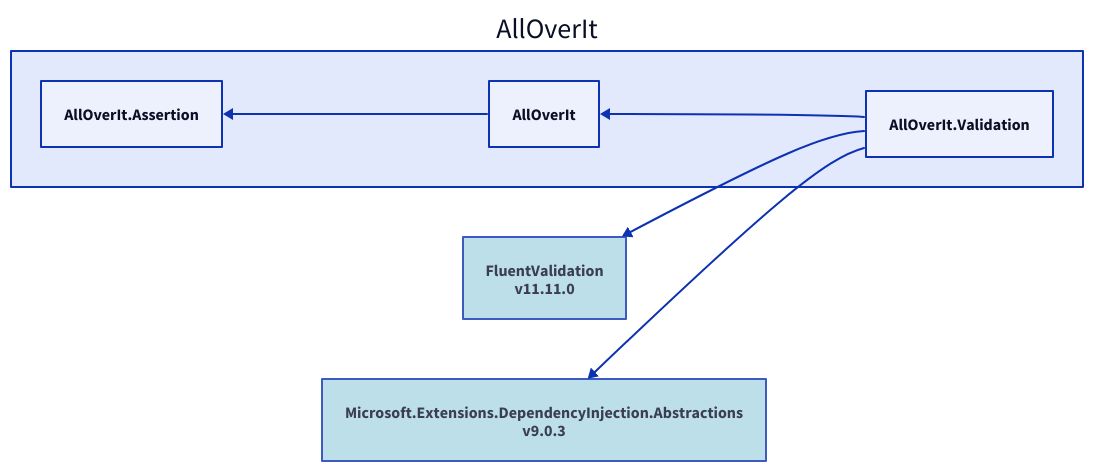
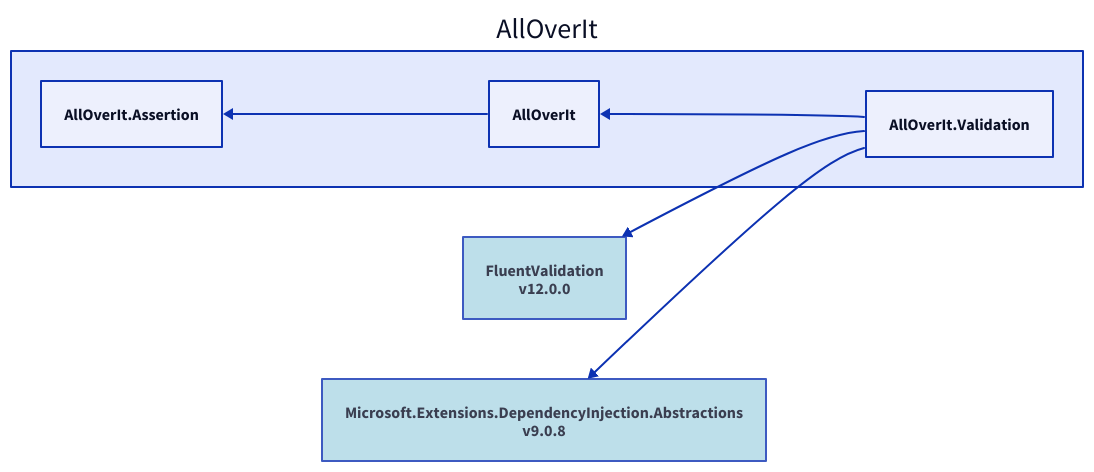
One commit to mjfreelancing/AllOverIt changed the diagram in Docs/Reference/Content/images/dependencies/net8.0/alloverit-validation.d2. Above: the diagram before and after it, drawn with D2. The commit also changed 106 other files, not shown here.

Commit message:
v8.2.1 - Update packages and diagrams (#145)

```diff
--- a/Docs/Reference/Content/images/dependencies/net8.0/alloverit-validation.d2
+++ b/Docs/Reference/Content/images/dependencies/net8.0/alloverit-validation.d2
@@ -1,16 +1,16 @@
 direction: left
 
 aoi: AllOverIt
 aoi.alloverit-validation: AllOverIt.Validation
-fluentvalidation_11-11-0: FluentValidation\nv11.11.0
-fluentvalidation_11-11-0.style.fill: "#ADD8E6"
-fluentvalidation_11-11-0.style.opacity: 0.8
-fluentvalidation_11-11-0 <- aoi.alloverit-validation
-microsoft-extensions-dependencyinjection-abstractions_9-0-3: Microsoft.Extensions.DependencyInjection.Abstractions\nv9.0.3
-microsoft-extensions-dependencyinjection-abstractions_9-0-3.style.fill: "#ADD8E6"
-microsoft-extensions-dependencyinjection-abstractions_9-0-3.style.opacity: 0.8
-microsoft-extensions-dependencyinjection-abstractions_9-0-3 <- aoi.alloverit-validation
+fluentvalidation_12-0-0: FluentValidation\nv12.0.0
+fluentvalidation_12-0-0.style.fill: "#ADD8E6"
+fluentvalidation_12-0-0.style.opacity: 0.8
+fluentvalidation_12-0-0 <- aoi.alloverit-validation
+microsoft-extensions-dependencyinjection-abstractions_9-0-8: Microsoft.Extensions.DependencyInjection.Abstractions\nv9.0.8
+microsoft-extensions-dependencyinjection-abstractions_9-0-8.style.fill: "#ADD8E6"
+microsoft-extensions-dependencyinjection-abstractions_9-0-8.style.opacity: 0.8
+microsoft-extensions-dependencyinjection-abstractions_9-0-8 <- aoi.alloverit-validation
 aoi.alloverit: AllOverIt
 aoi.alloverit-assertion: AllOverIt.Assertion
 aoi.alloverit-assertion <- aoi.alloverit
 aoi.alloverit <- aoi.alloverit-validation
```
